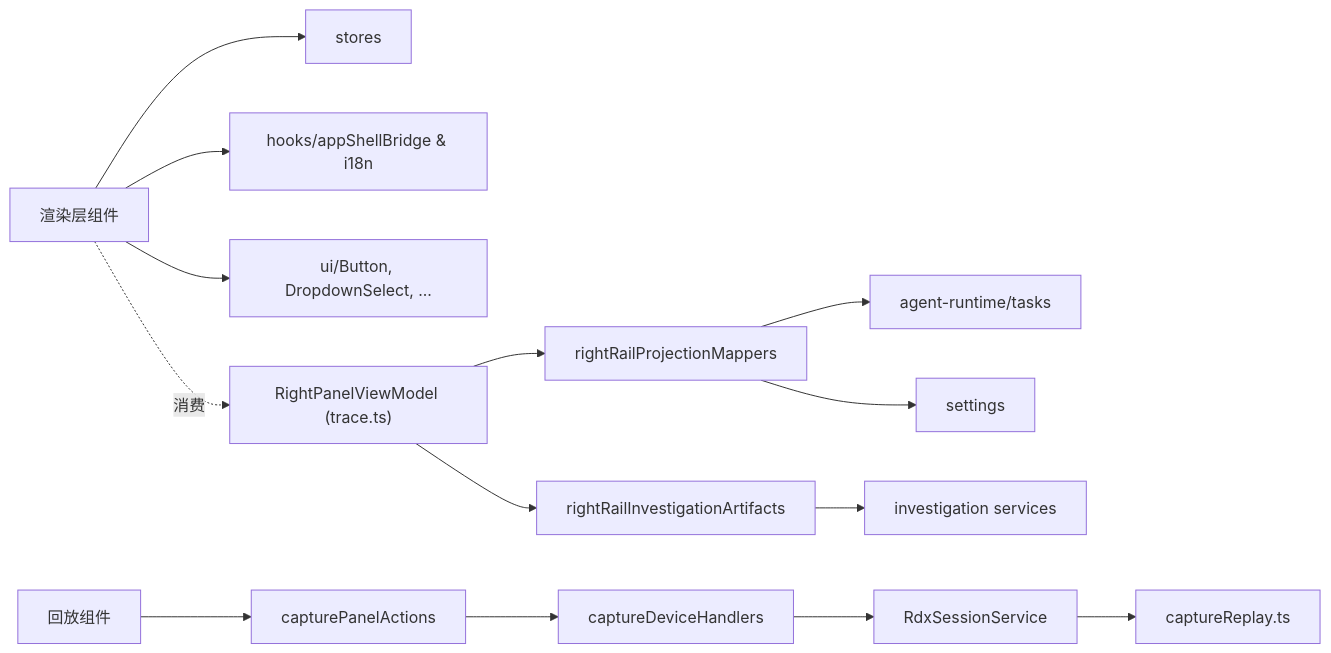
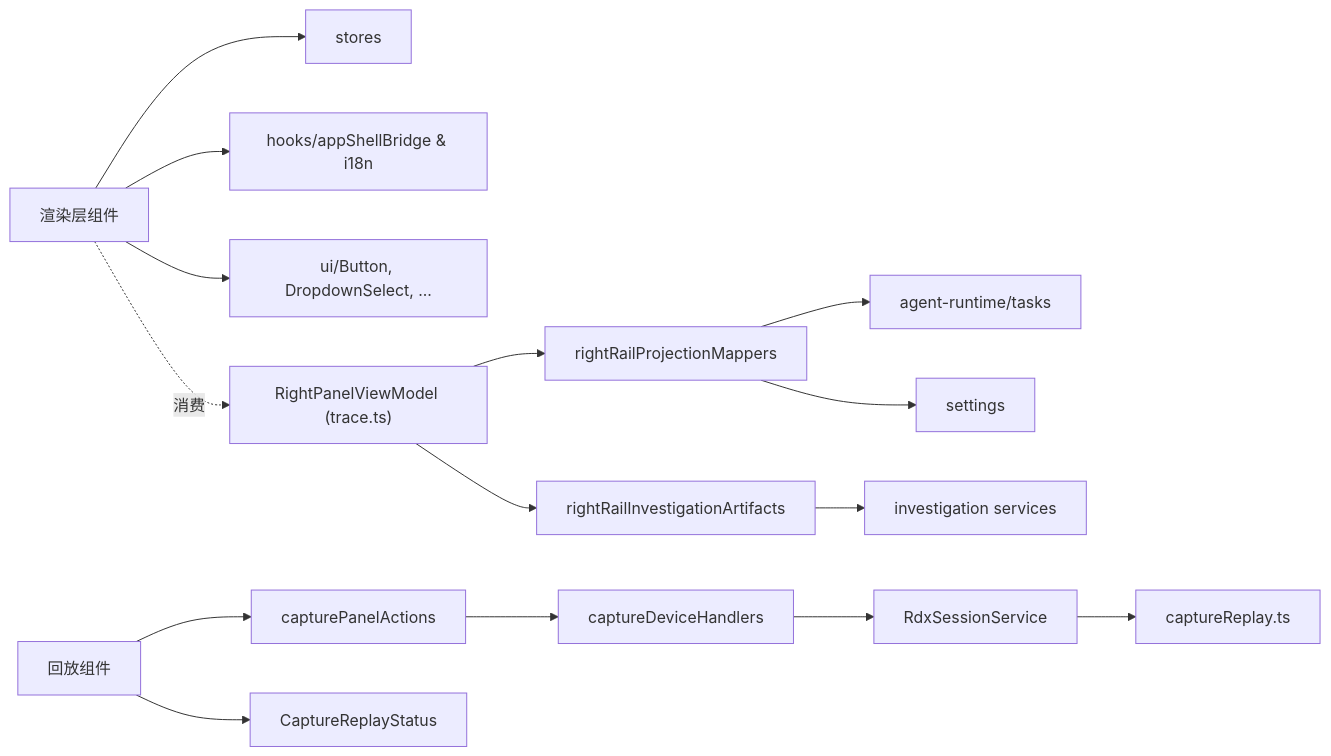
Diagram 14 of 14 in .qoder/repowiki/zh/content/用户界面/右侧面板.md (haolange/RDC-Agent), drawn with Mermaid before and after one commit. The commit also changed other lines of this file and 208 other files, not shown here.

````diff
--- a/.qoder/repowiki/zh/content/用户界面/右侧面板.md
+++ b/.qoder/repowiki/zh/content/用户界面/右侧面板.md
@@ -495,16 +552,17 @@
 ```mermaid
 graph LR
 UI["渲染层组件"] --> Stores["stores"]
 UI --> Hooks["hooks/appShellBridge & i18n"]
 UI --> UIComp["ui/Button, DropdownSelect, ..."]
 UI -.消费.-> Model["RightPanelViewModel (trace.ts)"]
 Model --> Mappers["rightRailProjectionMappers"]
 Model --> Artifacts["rightRailInvestigationArtifacts"]
 Mappers --> Runtime["agent-runtime/tasks"]
 Mappers --> Settings["settings"]
 Artifacts --> Inv["investigation services"]
 Replay["回放组件"] --> Actions["capturePanelActions"]
+Replay --> Status["CaptureReplayStatus"]
 Actions --> Handlers["captureDeviceHandlers"]
 Handlers --> Service["RdxSessionService"]
 Service --> Types["captureReplay.ts"]
 ```
````
